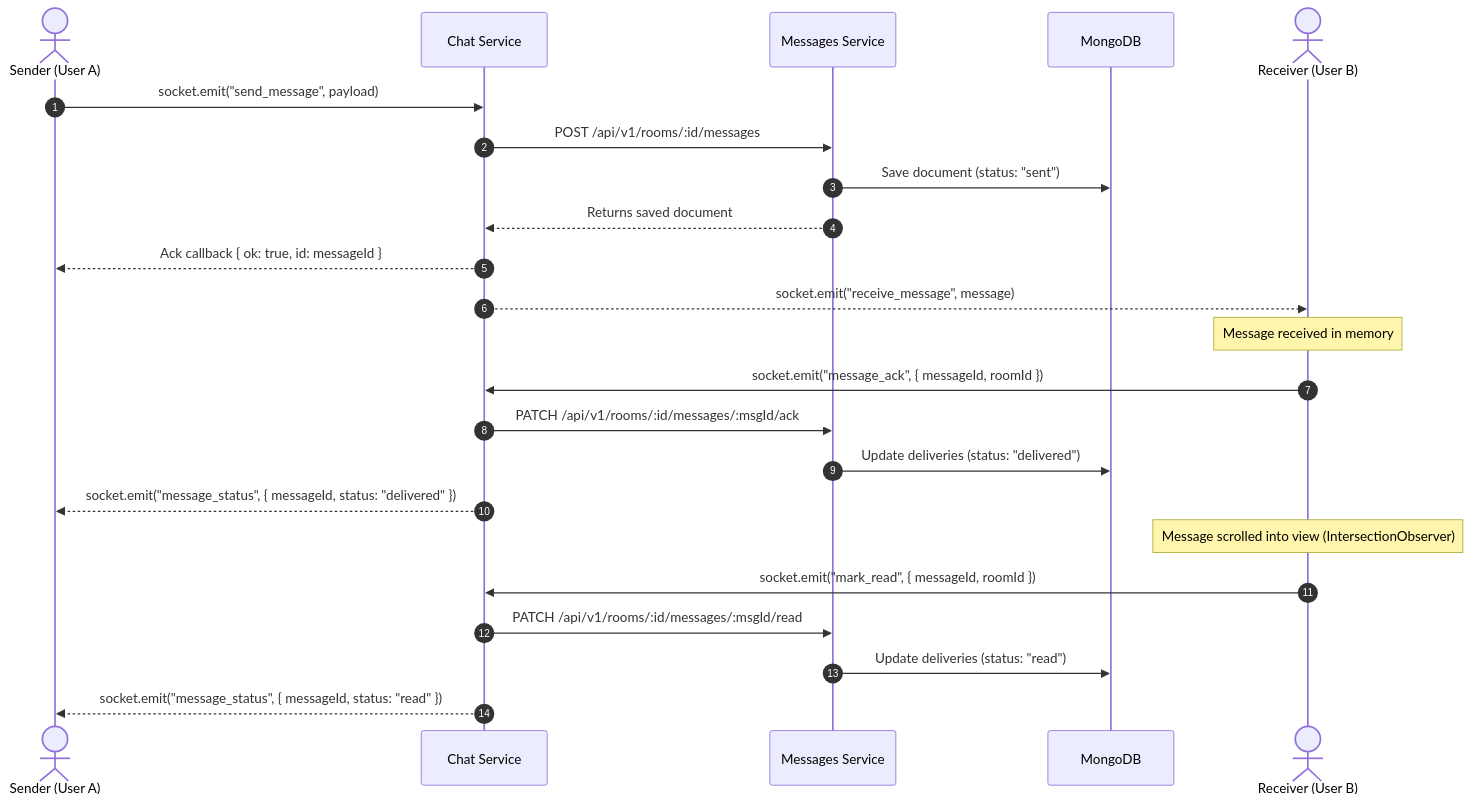
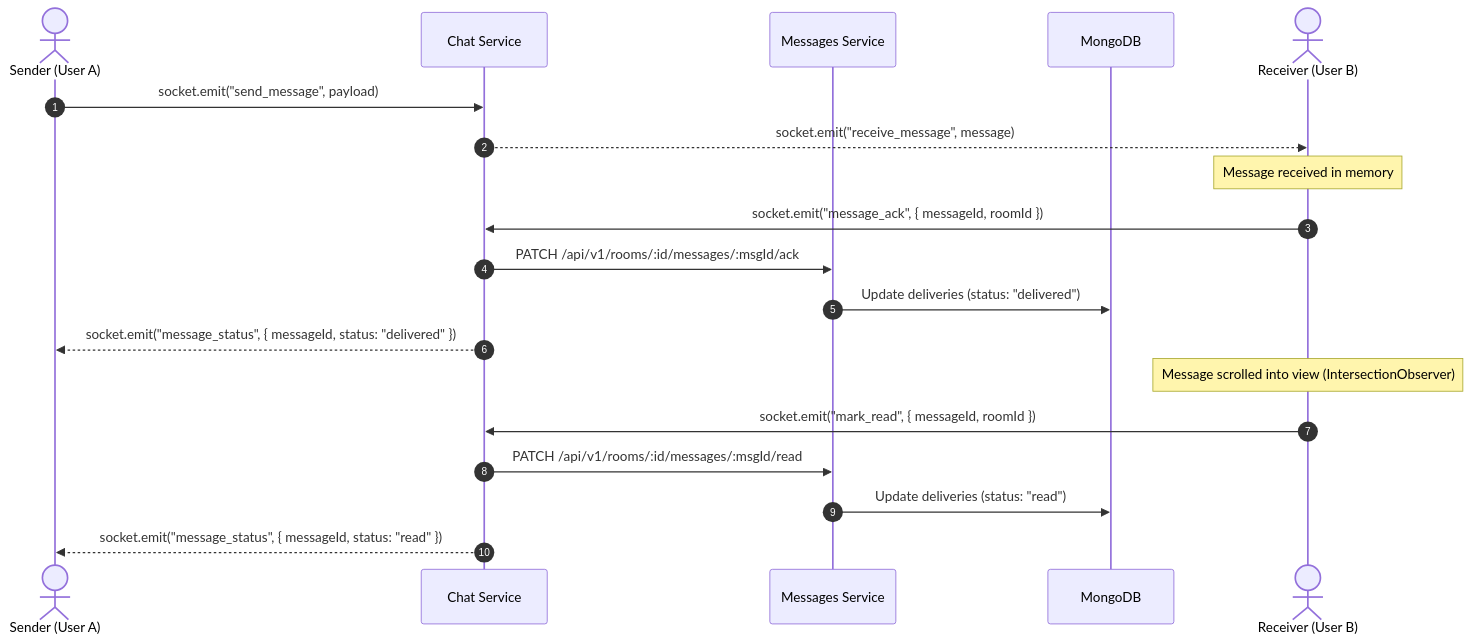
One commit to theritikkk/WebChat changed the third of 8 diagrams in docs/ARCHITECTURE.md. Above: the diagram before and after it, drawn with Mermaid. The commit also changed other lines of this file and 25 other files, not shown here.

````diff
--- a/docs/ARCHITECTURE.md
+++ b/docs/ARCHITECTURE.md
@@ -57,28 +111,24 @@
 ```mermaid
 sequenceDiagram
   autonumber
   actor UserA as Sender (User A)
   participant Chat as Chat Service
   participant Msg as Messages Service
   participant DB as MongoDB
   actor UserB as Receiver (User B)
 
   UserA->>Chat: socket.emit("send_message", payload)
-  Chat->>Msg: POST /api/v1/rooms/:id/messages
-  Msg->>DB: Save document (status: "sent")
-  Msg-->>Chat: Returns saved document
-  Chat-->>UserA: Ack callback { ok: true, id: messageId }
   Chat-->>UserB: socket.emit("receive_message", message)
   
   Note over UserB: Message received in memory
   UserB->>Chat: socket.emit("message_ack", { messageId, roomId })
   Chat->>Msg: PATCH /api/v1/rooms/:id/messages/:msgId/ack
   Msg->>DB: Update deliveries (status: "delivered")
   Chat-->>UserA: socket.emit("message_status", { messageId, status: "delivered" })
 
   Note over UserB: Message scrolled into view (IntersectionObserver)
   UserB->>Chat: socket.emit("mark_read", { messageId, roomId })
   Chat->>Msg: PATCH /api/v1/rooms/:id/messages/:msgId/read
   Msg->>DB: Update deliveries (status: "read")
   Chat-->>UserA: socket.emit("message_status", { messageId, status: "read" })
 ```
````
